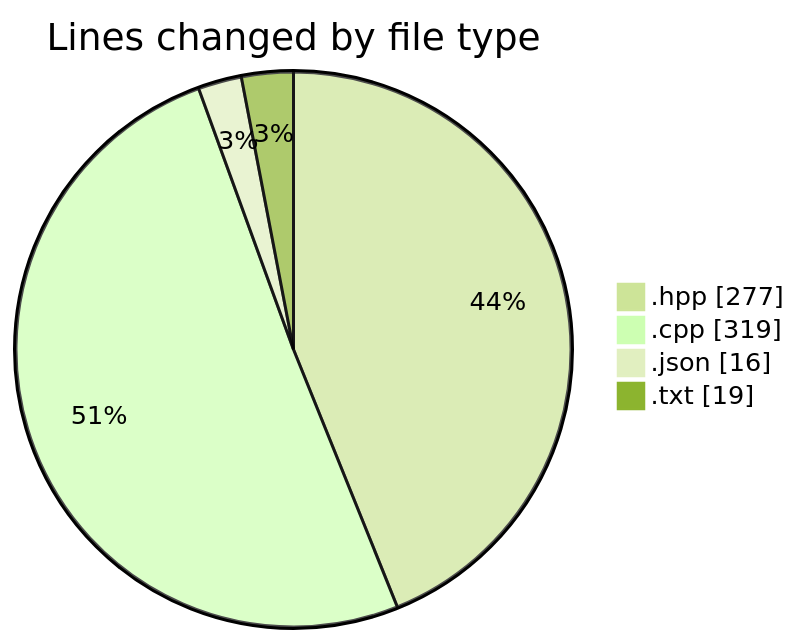
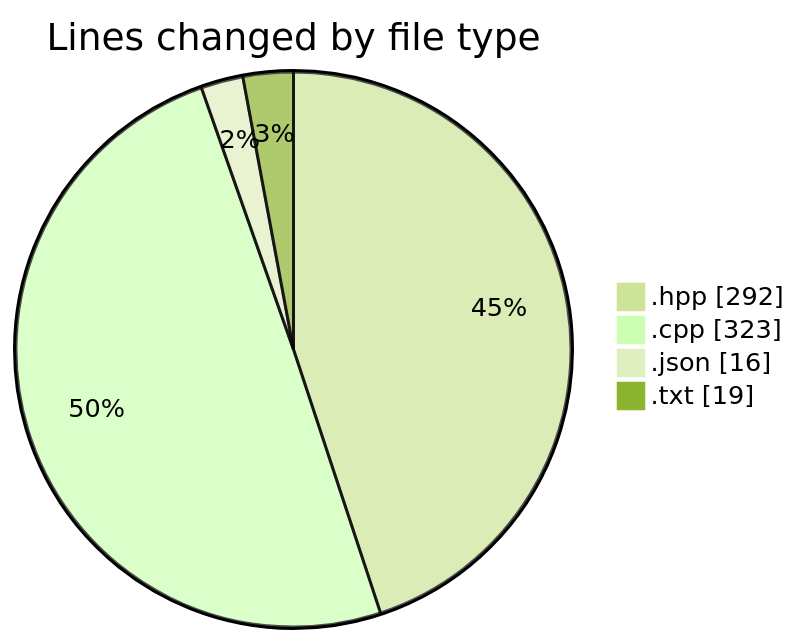
Before and after one commit to Netris89/code-tracking: the first of 2 diagrams in 2025-05-02/date/README.md, drawn with Mermaid (forest theme). The commit also changed other lines of this file and 1 other file, not shown here.

````diff
--- a/2025-05-02/date/README.md
+++ b/2025-05-02/date/README.md
@@ -31,8 +31,8 @@
 ```mermaid
 pie showData
 title Lines changed by file type
-".hpp" : 277
-".cpp" : 319
+".hpp" : 292
+".cpp" : 323
 ".json" : 16
 ".txt" : 19
 ```
````
